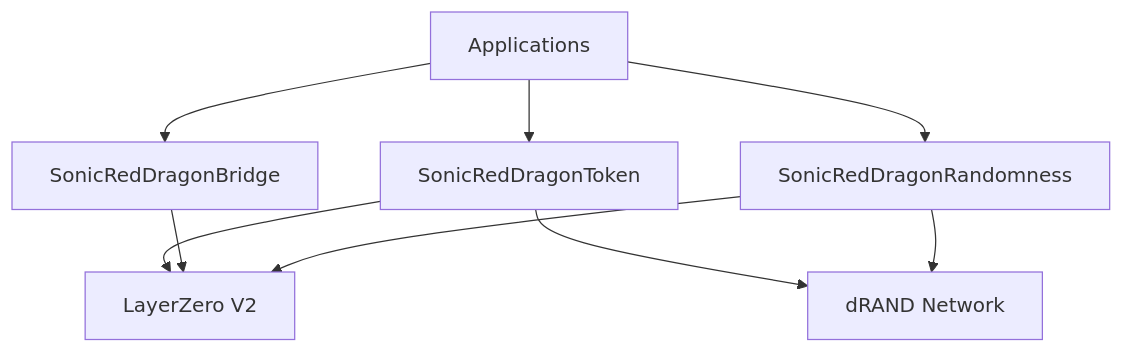
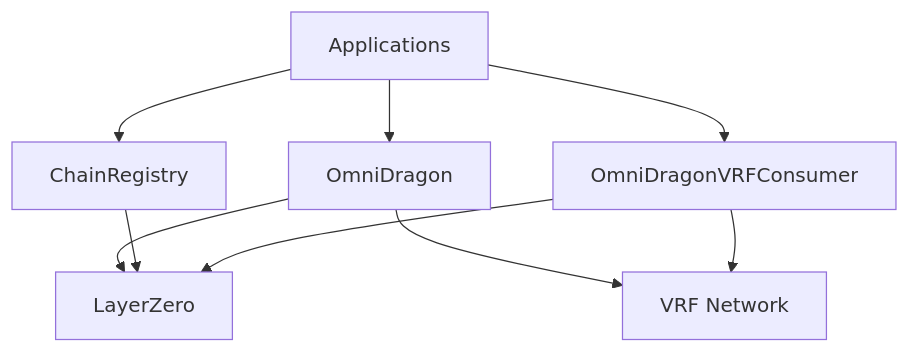
One commit to wenakita/sonicreddragon-docs changed the diagram in docs/contracts/overview.md. Above: the diagram before and after it, drawn with Mermaid. The commit also changed other lines of this file and 46 other files, not shown here.

Commit message:
Fix mermaid diagram rendering issues and animation components

````diff
--- a/docs/contracts/overview.md
+++ b/docs/contracts/overview.md
@@ -11,11 +11,11 @@
 ```mermaid
-graph TD
-    A[SonicRedDragonToken] --> B[LayerZero V2]
-    A --> C[dRAND Network]
-    D[SonicRedDragonBridge] --> B
-    E[SonicRedDragonRandomness] --> C
+flowchart TD
+    A[OmniDragon] --> B[LayerZero]
+    A --> C[VRF Network]
+    D[ChainRegistry] --> B
+    E[OmniDragonVRFConsumer] --> C
     E --> B
     F[Applications] --> A
     F --> D
     F --> E
 ```
````
